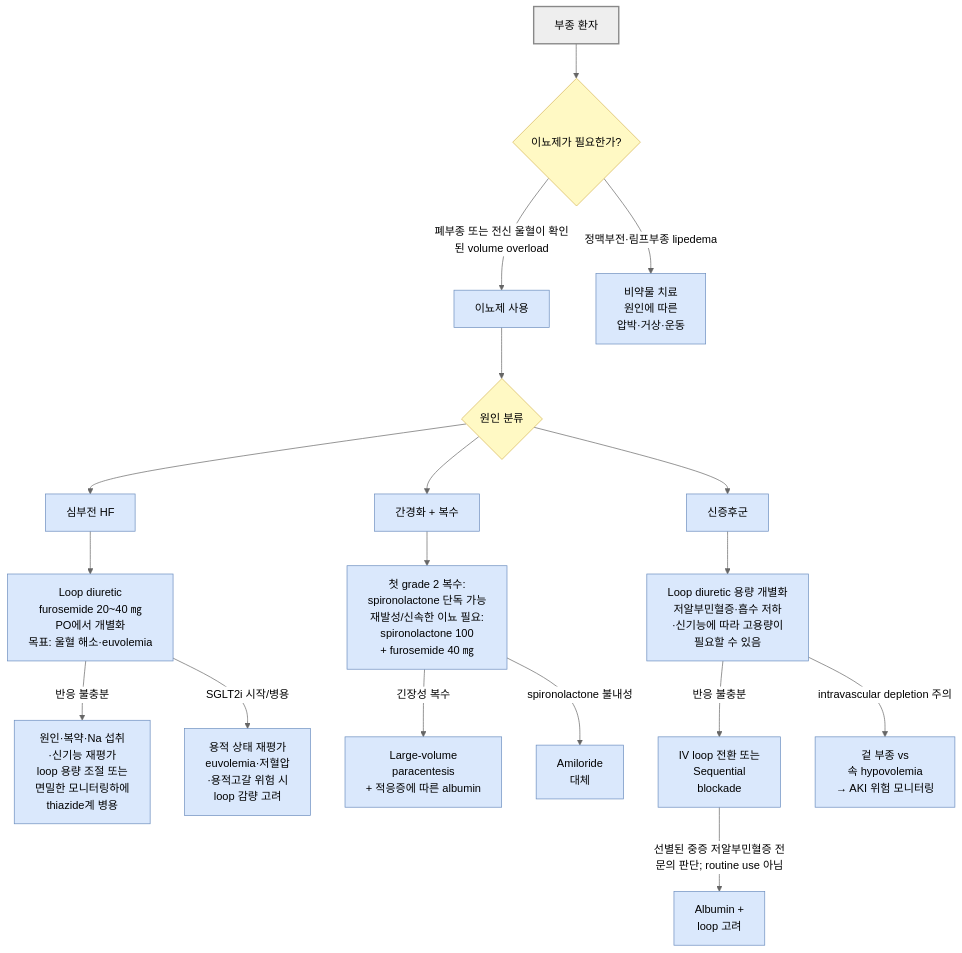
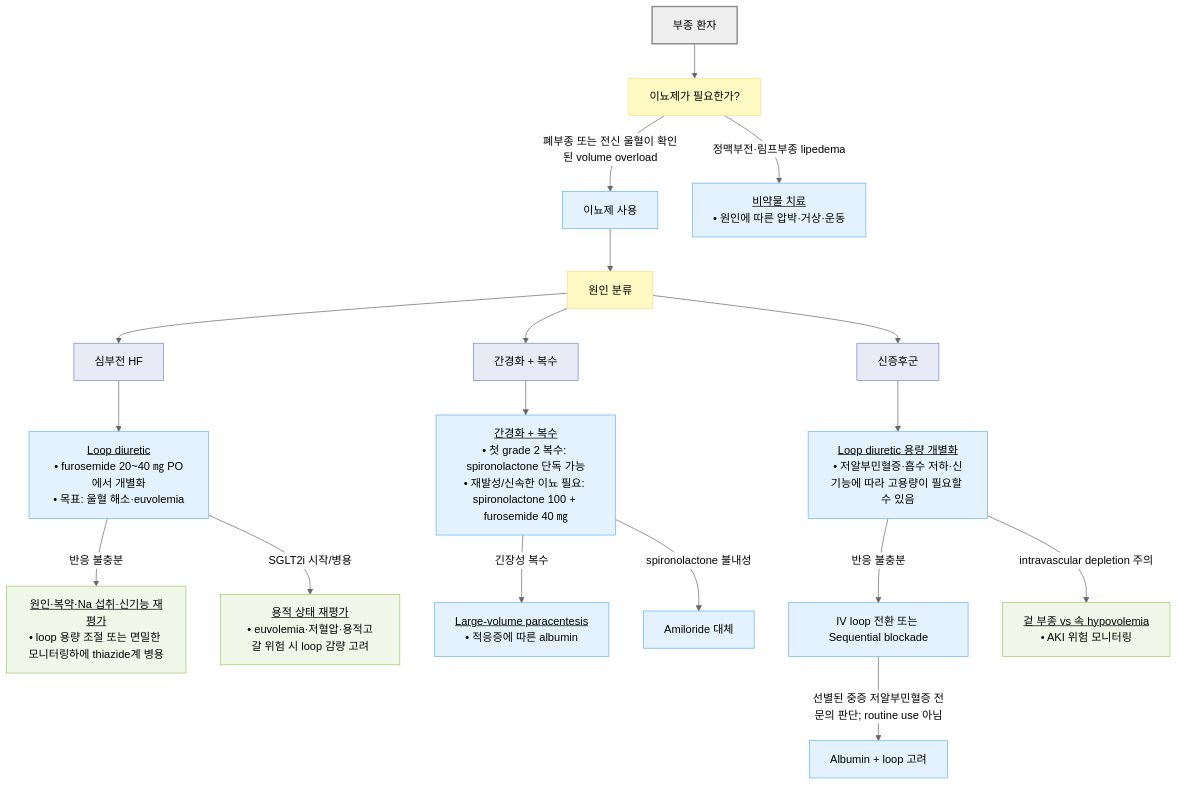
One commit to familyoh77/familyoh77 changed the fourth of 4 diagrams in 220_/012_-edema.md. Above: the diagram before and after it, drawn with Mermaid (neutral theme). The commit also changed other lines of this file and 13 other files, not shown here.

````diff
--- a/220_/012_-edema.md
+++ b/220_/012_-edema.md
@@ -370,54 +342,31 @@
 ```mermaid
 flowchart TD
-    ST["부종 환자"] --> A{"이뇨제가 필요한가?"}
+    ST["부종 환자"] --> A["이뇨제가 필요한가?"]
     A -- "폐부종 또는 전신 울혈이 확인된 volume overload" --> B["이뇨제 사용"]
-    A -- "정맥부전·림프부종 lipedema" --> Z["`비약물 치료
-원인에 따른 
-압박·거상·운동`"]
-    B --> C{"원인 분류"}
+    A -- "정맥부전·림프부종 lipedema" --> Z["<u>비약물 치료</u><br/>• 원인에 따른 압박·거상·운동"]
+    B --> C["원인 분류"]
     C --> HF["심부전 HF"]
     C --> CI["간경화 + 복수"]
     C --> NS["신증후군"]
-    HF --> HF1["`Loop diuretic
-furosemide 20~40 ㎎ 
-PO에서 개별화
-목표: 울혈 해소·euvolemia`"]
-    HF1 -- "반응 불충분" --> HF2["`원인·복약·Na 섭취
-·신기능 재평가
-loop 용량 조절 또는
-면밀한 모니터링하에 
-thiazide계 병용`"]
-    HF1 -- "SGLT2i 시작/병용" --> HF3["`용적 상태 재평가
- euvolemia·저혈압
-·용적고갈 위험 시
-loop 감량 고려`"]
-    CI --> CI1["`첫 grade 2 복수: 
-spironolactone 단독 가능
-재발성/신속한 이뇨 필요:
-spironolactone 100 
-+ furosemide 40 ㎎`"]
-    CI1 -- "긴장성 복수" --> CI2["`Large-volume 
-paracentesis
-+ 적응증에 따른 
-albumin`"]
-    CI1 -- "spironolactone 불내성" --> CI3["`Amiloride 
-대체`"]
-    NS --> NS1["`Loop diuretic 용량 개별화
-저알부민혈증·흡수 저하
-·신기능에 따라 고용량이
- 필요할 수 있음`"]
-    NS1 -- "반응 불충분" --> NS2["`IV loop 전환 또는
- Sequential 
-blockade`"]
-    NS2 -- "선별된 중증 저알부민혈증 전문의 판단; routine use 아님" --> NS3["`Albumin + 
-loop 고려`"]
-    NS1 -- "intravascular depletion 주의" --> NS_w["`겉 부종 vs
- 속 hypovolemia
-→ AKI 위험 모니터링`"]
-    classDef start fill:#eee,stroke:#888,stroke-width:2px
-    classDef decision fill:#fff9c4,stroke:#d6b656
-    classDef treatment fill:#dae8fc,stroke:#6c8ebf
-    class ST,A,B,Z,C,HF,CI,NS,HF1,HF2,HF3,CI1,CI2,CI3,NS1,NS2,NS3,NS_w treatment
+    HF --> HF1["<u>Loop diuretic</u><br/>• furosemide 20~40 ㎎ PO에서 개별화<br/>• 목표: 울혈 해소·euvolemia"]
+    HF1 -- "반응 불충분" --> HF2["<u>원인·복약·Na 섭취·신기능 재평가</u><br/>• loop 용량 조절 또는 면밀한 모니터링하에 thiazide계 병용"]
+    HF1 -- "SGLT2i 시작/병용" --> HF3["<u>용적 상태 재평가</u><br/>• euvolemia·저혈압·용적고갈 위험 시 loop 감량 고려"]
+    CI --> CI1["<u>간경화 + 복수</u><br/>• 첫 grade 2 복수: spironolactone 단독 가능<br/>• 재발성/신속한 이뇨 필요: spironolactone 100 + furosemide 40 ㎎"]
+    CI1 -- "긴장성 복수" --> CI2["<u>Large-volume paracentesis</u><br/>• 적응증에 따른 albumin"]
+    CI1 -- "spironolactone 불내성" --> CI3["Amiloride 대체"]
+    NS --> NS1["<u>Loop diuretic 용량 개별화</u><br/>• 저알부민혈증·흡수 저하·신기능에 따라 고용량이 필요할 수 있음"]
+    NS1 -- "반응 불충분" --> NS2["IV loop 전환 또는 Sequential blockade"]
+    NS2 -- "선별된 중증 저알부민혈증 전문의 판단; routine use 아님" --> NS3["Albumin + loop 고려"]
+    NS1 -- "intravascular depletion 주의" --> NS_w["<u>겉 부종 vs 속 hypovolemia</u><br/>• AKI 위험 모니터링"]
+
+    classDef start fill:#eeeeee,stroke:#888888,stroke-width:2px
+    classDef question fill:#fff9c4,stroke:#ffe082
+    classDef evaluation fill:#f1f8e9,stroke:#9ccc65
+    classDef treatment fill:#e3f2fd,stroke:#64b5f6
+    classDef followup fill:#e8eaf6,stroke:#7986cb
     class ST start
-    class A,C decision
+    class A,C question
+    class HF2,HF3,NS_w evaluation
+    class B,Z,HF1,CI1,CI2,CI3,NS1,NS2,NS3 treatment
+    class HF,CI,NS followup
 ```
````
